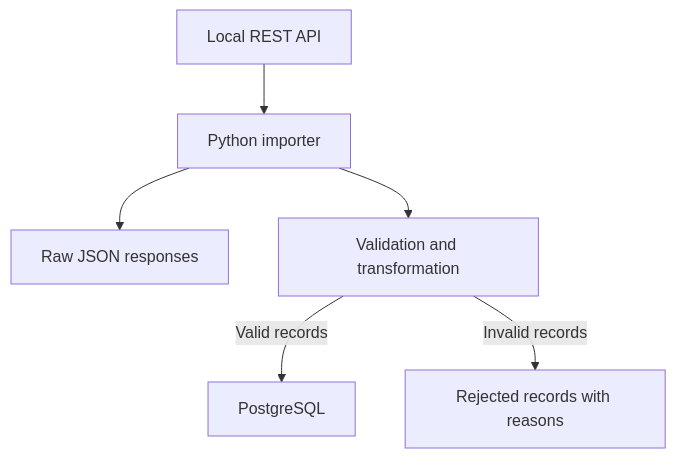
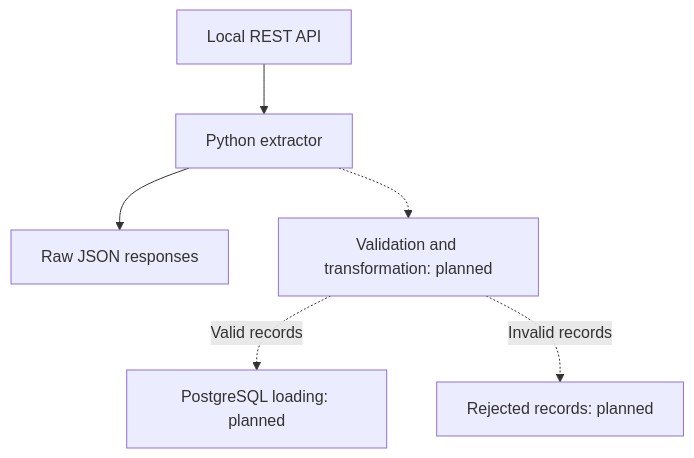
Before and after one commit to JakLit00/partner-catalog-ingestion: the diagram in README.md, drawn with Mermaid. The commit also changed other lines of this file and 1 other file, not shown here.

Commit message:
docs: document catalog extractor and verification

````diff
--- a/README.md
+++ b/README.md
@@ -13,8 +15,8 @@
 ```mermaid
 flowchart TD
-    A[Local REST API] --> B[Python importer]
+    A[Local REST API] --> B[Python extractor]
     B --> C[Raw JSON responses]
-    B --> D[Validation and transformation]
-    D -->|Valid records| E[PostgreSQL]
-    D -->|Invalid records| F[Rejected records with reasons]
+    B -.-> D[Validation and transformation: planned]
+    D -.->|Valid records| E[PostgreSQL loading: planned]
+    D -.->|Invalid records| F[Rejected records: planned]
 ```
````
